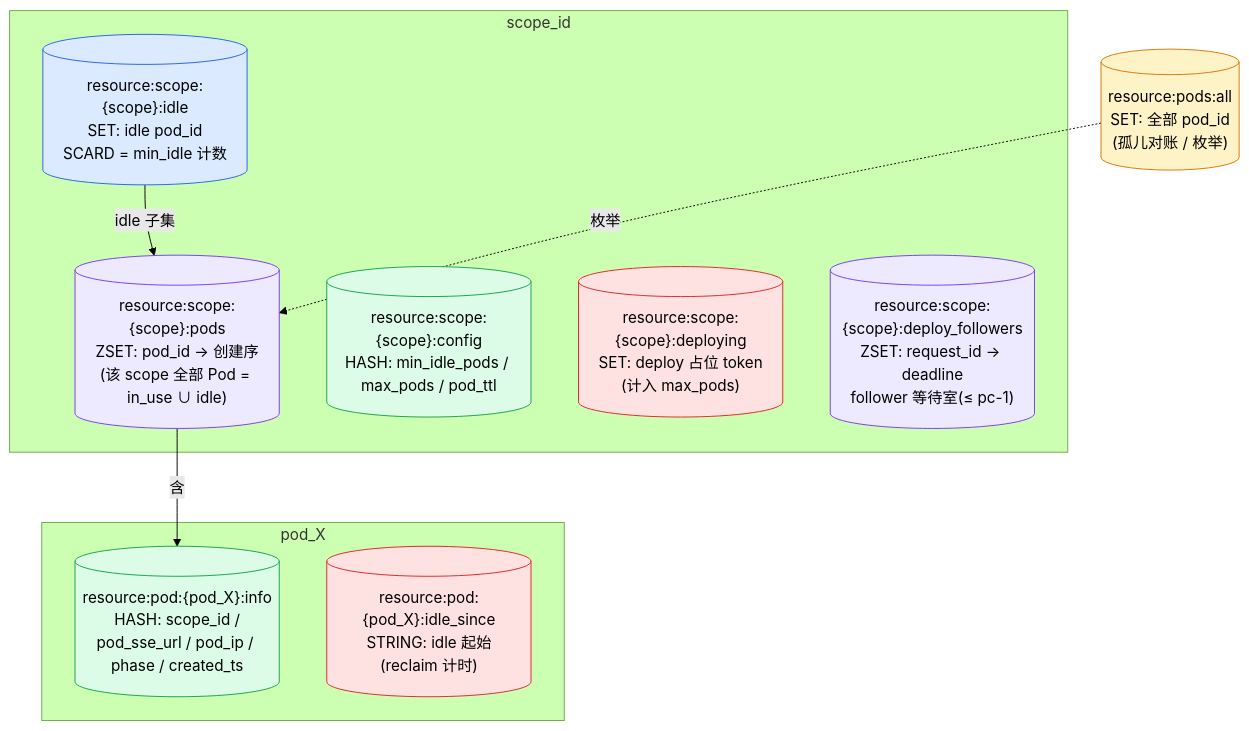
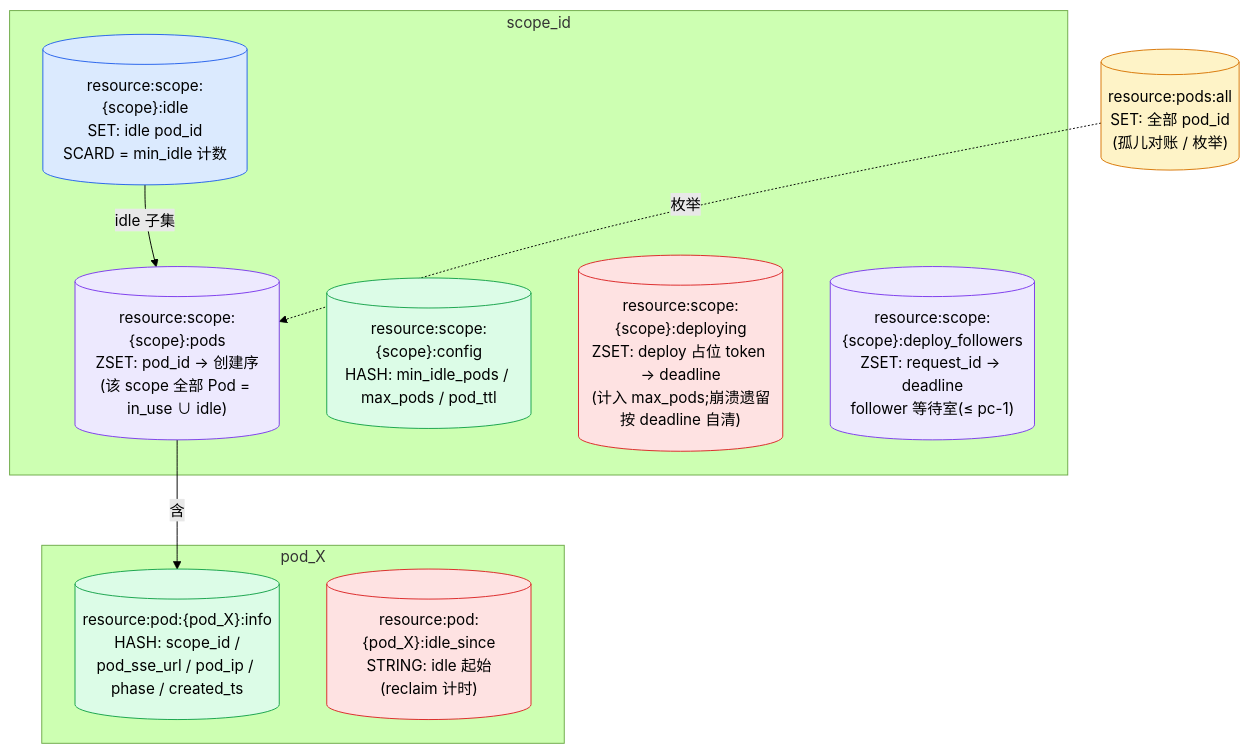
Before and after one commit to openJiuwen-ai/agent-runtime: the seventh of 21 diagrams in applications/agent_runtime/docs/design/Agent-Runtime-HLD.md, drawn with Mermaid (forest theme). The commit also changed other lines of this file and 23 other files, not shown here.

````diff
--- a/applications/agent_runtime/docs/design/Agent-Runtime-HLD.md
+++ b/applications/agent_runtime/docs/design/Agent-Runtime-HLD.md
@@ -394,27 +394,27 @@
 ```mermaid
 flowchart TB
     subgraph SCOPE["scope_id"]
         SP[("resource:scope:{scope}:pods<br/>ZSET: pod_id → 创建序<br/>(该 scope 全部 Pod = in_use ∪ idle)")]:::zset
         SI[("resource:scope:{scope}:idle<br/>SET: idle pod_id<br/>SCARD = min_idle 计数")]:::set
         SCFG[("resource:scope:{scope}:config<br/>HASH: min_idle_pods / max_pods / pod_ttl")]:::hash
-        SD[("resource:scope:{scope}:deploying<br/>SET: deploy 占位 token<br/>(计入 max_pods)")]:::str
+        SD[("resource:scope:{scope}:deploying<br/>ZSET: deploy 占位 token → deadline<br/>(计入 max_pods;崩溃遗留按 deadline 自清)")]:::str
         SDF[("resource:scope:{scope}:deploy_followers<br/>ZSET: request_id → deadline<br/>follower 等待室(≤ pc-1)")]:::zset
     end
 
     subgraph POD["pod_X"]
         PI[("resource:pod:{pod_X}:info<br/>HASH: scope_id /<br/>pod_sse_url / pod_ip / phase / created_ts")]:::hash
         PIS[("resource:pod:{pod_X}:idle_since<br/>STRING: idle 起始<br/>(reclaim 计时)")]:::str
     end
 
     PA[("resource:pods:all<br/>SET: 全部 pod_id<br/>(孤儿对账 / 枚举)")]:::global
 
     SP -->|"含"| PI
     SI -->|"idle 子集"| SP
     PA -.->|"枚举"| SP
 
     classDef global fill:#fef3c7,stroke:#d97706;
     classDef set fill:#dbeafe,stroke:#2563eb;
     classDef zset fill:#ede9fe,stroke:#7c3aed;
     classDef hash fill:#dcfce7,stroke:#16a34a;
     classDef str fill:#fee2e2,stroke:#dc2626;
 ```
````
